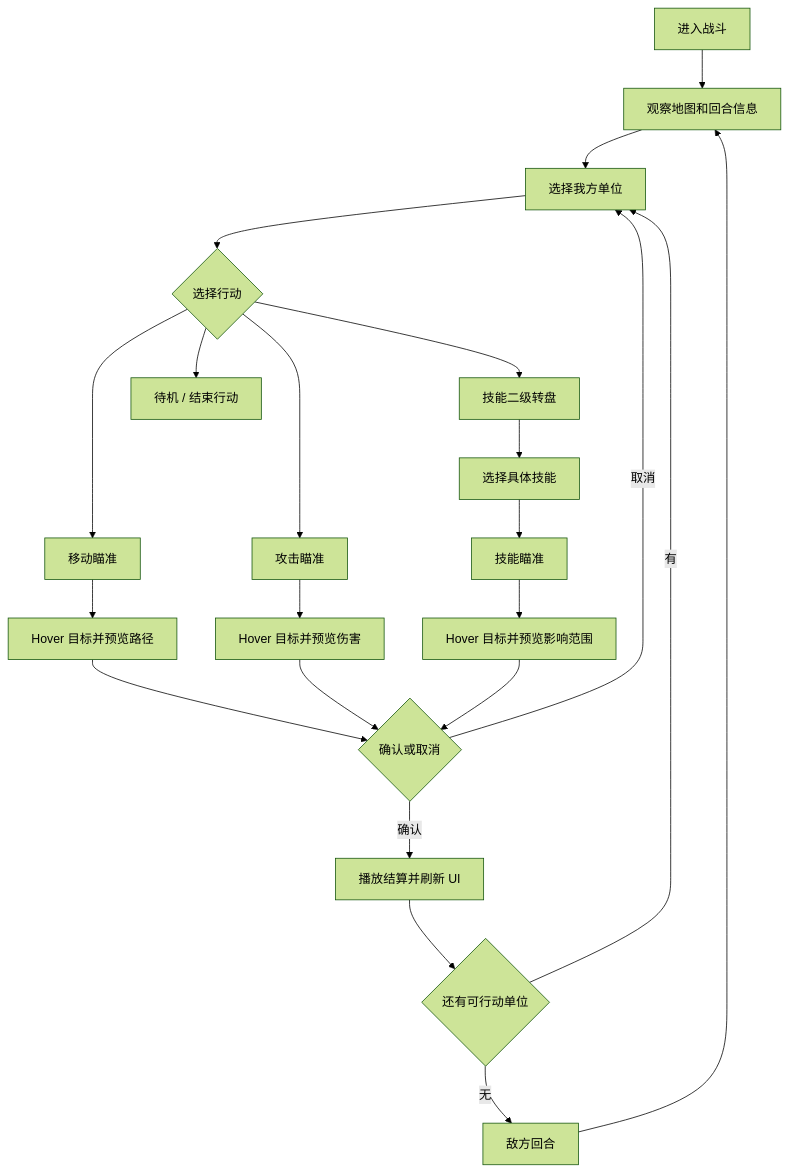
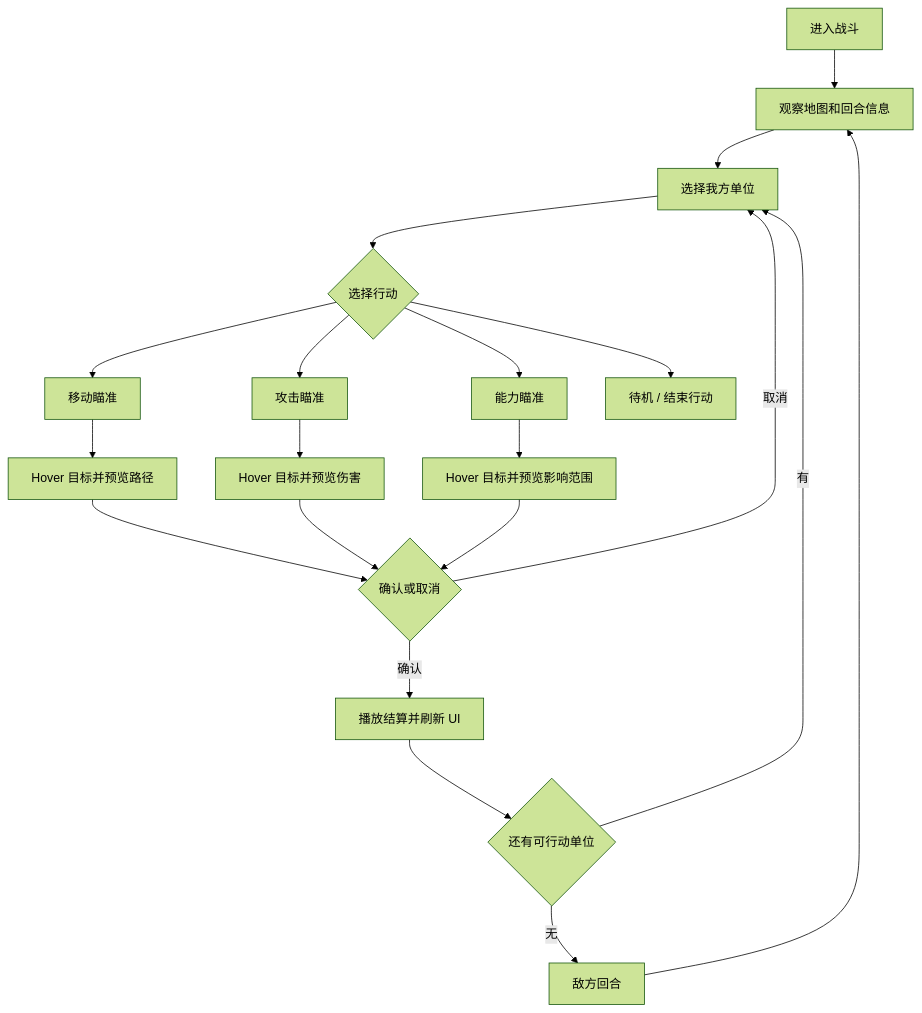
One commit to qingshi-3/rpg changed the second of 3 diagrams in docs/design/battle/battle-ui-interaction-review.md. Above: the diagram before and after it, drawn with Mermaid (forest theme). The commit also changed other lines of this file and 26 other files, not shown here.

````diff
--- a/docs/design/battle/battle-ui-interaction-review.md
+++ b/docs/design/battle/battle-ui-interaction-review.md
@@ -315,24 +271,22 @@
 ```mermaid
 flowchart TD
     A["进入战斗"] --> B["观察地图和回合信息"]
     B --> C["选择我方单位"]
     C --> D{"选择行动"}
     D --> E["移动瞄准"]
     D --> F["攻击瞄准"]
-    D --> G["技能二级转盘"]
+    D --> G["能力瞄准"]
     D --> H["待机 / 结束行动"]
-    G --> P["选择具体技能"]
-    P --> Q["技能瞄准"]
+    G --> P["Hover 目标并预览影响范围"]
     E --> I["Hover 目标并预览路径"]
     F --> J["Hover 目标并预览伤害"]
-    Q --> K["Hover 目标并预览影响范围"]
     I --> L{"确认或取消"}
     J --> L
-    K --> L
+    P --> L
     L -->|确认| M["播放结算并刷新 UI"]
     L -->|取消| C
     M --> N{"还有可行动单位"}
     N -->|有| C
     N -->|无| O["敌方回合"]
     O --> B
 ```
````
